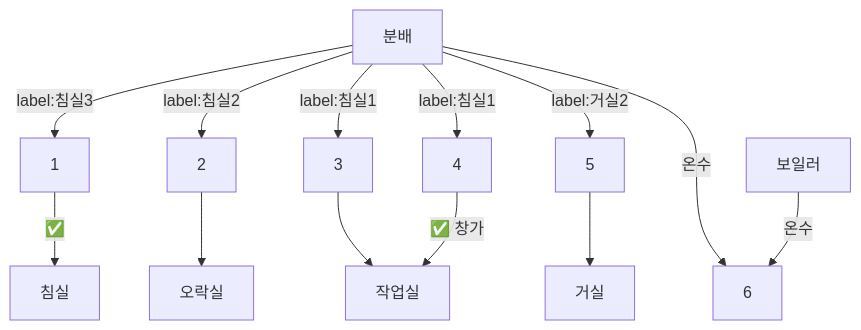
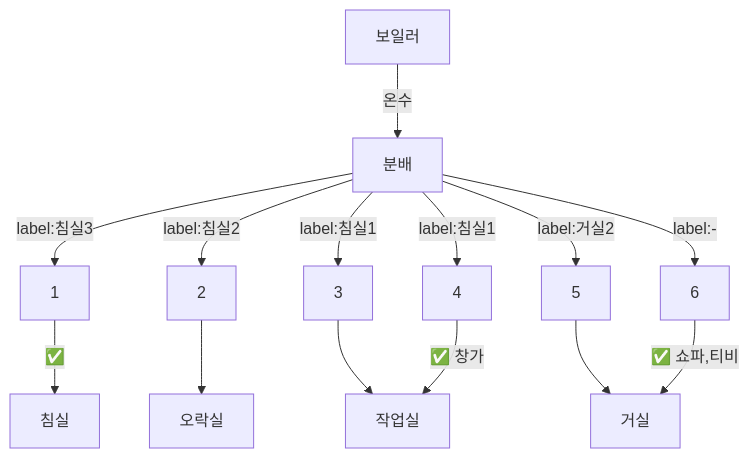
The second of 2 diagrams in home.md (deptno/public-wiki), drawn with Mermaid before and after one commit.

Commit message:
보일러 배관 수정

````diff
--- a/home.md
+++ b/home.md
@@ -38,15 +38,16 @@
 ```mermaid 
 flowchart TD
   분배 --label:침실3--> 1
   분배 --label:침실2--> 2
   분배 --label:침실1--> 3
   분배 --label:침실1--> 4
   분배 --label:거실2--> 5
-  분배 <-. 온수 .- 6
-  보일러 -- 온수 --> 6
+  분배 --label:- --> 6
+  보일러 -- 온수 --> 분배
   1 -- "✅" --> 침실
   2 --> 오락실
   3 --> 작업실
   4 -- "✅ 창가" --> 작업실
   5 --> 거실
+  6 -- "✅ 쇼파,티비" --> 거실
 ```
````
